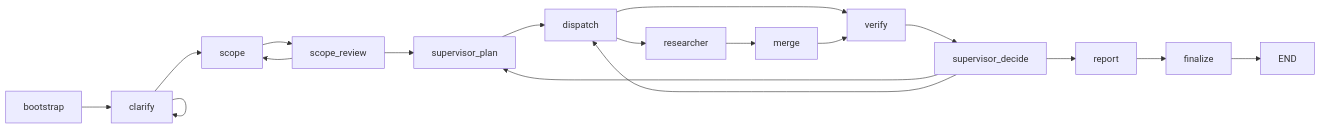
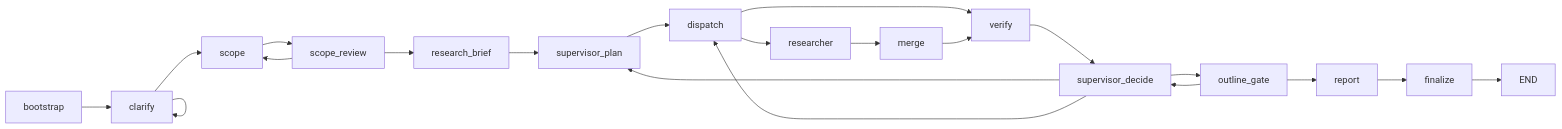
The diagram in docs/deep-research-multi-agent-architecture.md (MaplumeX/Weaver), drawn with Mermaid before and after one commit. The commit also changed other lines of this file and 23 other files, not shown here.

Commit message:
refactor deep research brief outline protocol

````diff
--- a/docs/deep-research-multi-agent-architecture.md
+++ b/docs/deep-research-multi-agent-architecture.md
@@ -35,20 +37,23 @@
 ```mermaid
 flowchart LR
     bootstrap --> clarify
     clarify --> clarify
     clarify --> scope
     scope --> scope_review
     scope_review --> scope
-    scope_review --> supervisor_plan
+    scope_review --> research_brief
+    research_brief --> supervisor_plan
     supervisor_plan --> dispatch
     dispatch --> researcher
     dispatch --> verify
     researcher --> merge
     merge --> verify
     verify --> supervisor_decide
     supervisor_decide --> supervisor_plan
     supervisor_decide --> dispatch
-    supervisor_decide --> report
+    supervisor_decide --> outline_gate
+    outline_gate --> supervisor_decide
+    outline_gate --> report
     report --> finalize
     finalize --> END
 ```
````
